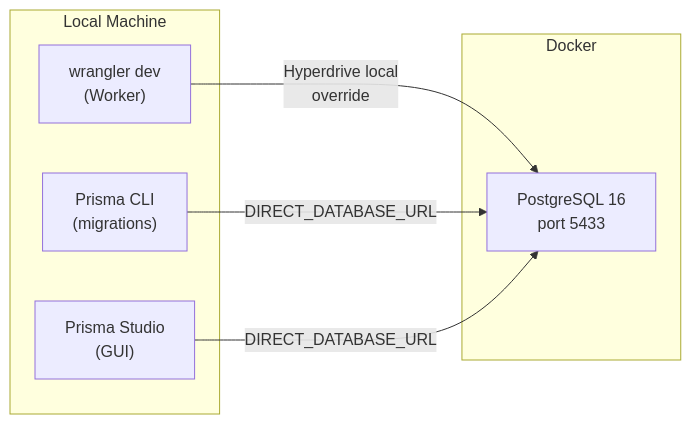
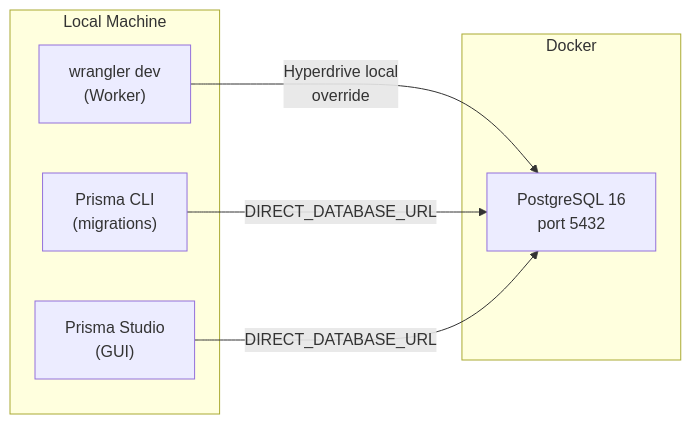
The diagram in docs/database-setup/local-dev.md (jaypatrick/adblock-compiler), drawn with Mermaid before and after one commit. The commit also changed other lines of this file and 3 other files, not shown here.

First line of the commit message:
fix: revert Docker PostgreSQL port to default 5432

````diff
--- a/docs/database-setup/local-dev.md
+++ b/docs/database-setup/local-dev.md
@@ -26,16 +26,16 @@
 ```mermaid
 flowchart LR
     subgraph Local["Local Machine"]
         W["wrangler dev<br/>(Worker)"]
         P["Prisma CLI<br/>(migrations)"]
         S["Prisma Studio<br/>(GUI)"]
     end
 
     subgraph Docker["Docker"]
-        PG["PostgreSQL 16<br/>port 5433"]
+        PG["PostgreSQL 16<br/>port 5432"]
     end
 
     W -->|"Hyperdrive local<br/>override"| PG
     P -->|"DIRECT_DATABASE_URL"| PG
     S -->|"DIRECT_DATABASE_URL"| PG
 ```
````
